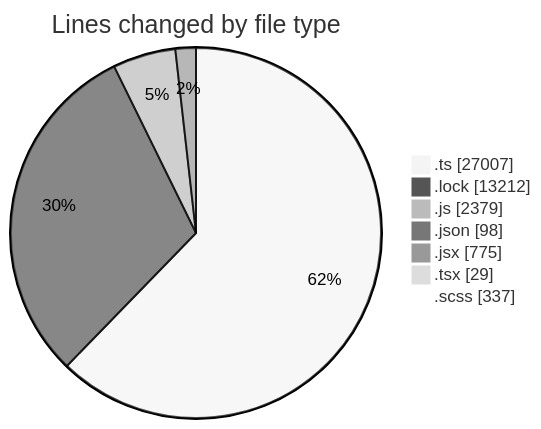
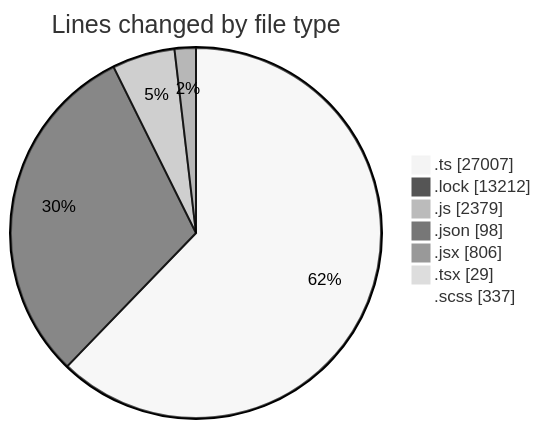
Before and after one commit to momahboobian/code-tracking: the first of 2 diagrams in 2025-05-16/cda/README.md, drawn with Mermaid (neutral theme). The commit also changed other lines of this file and 1 other file, not shown here.

````diff
--- a/2025-05-16/cda/README.md
+++ b/2025-05-16/cda/README.md
@@ -44,11 +44,11 @@
 ```mermaid
 pie showData
 title Lines changed by file type
 ".ts" : 27007
 ".lock" : 13212
 ".js" : 2379
 ".json" : 98
-".jsx" : 775
+".jsx" : 806
 ".tsx" : 29
 ".scss" : 337
 ```
````
